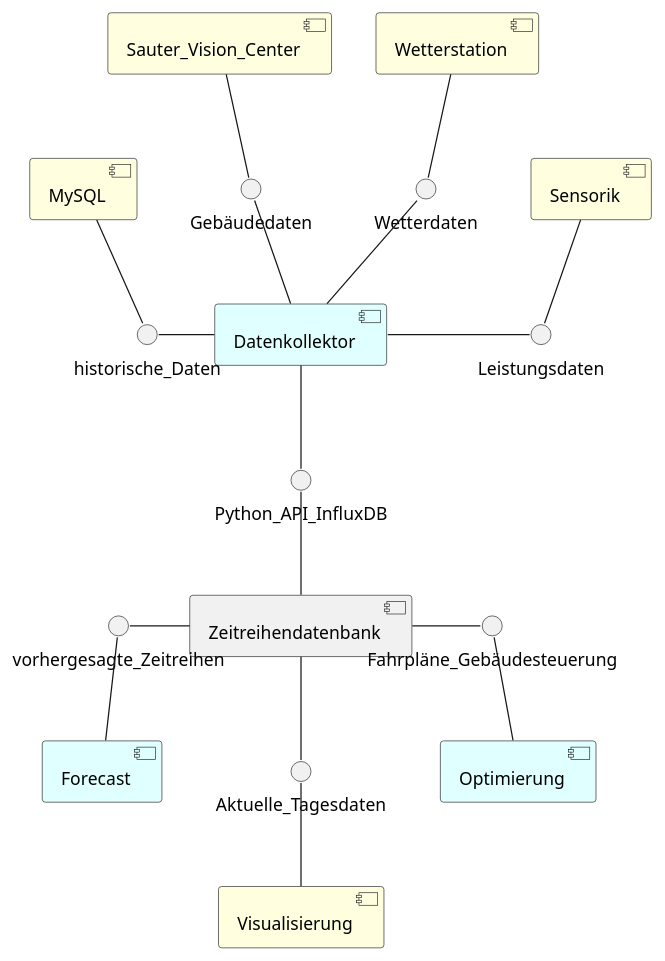
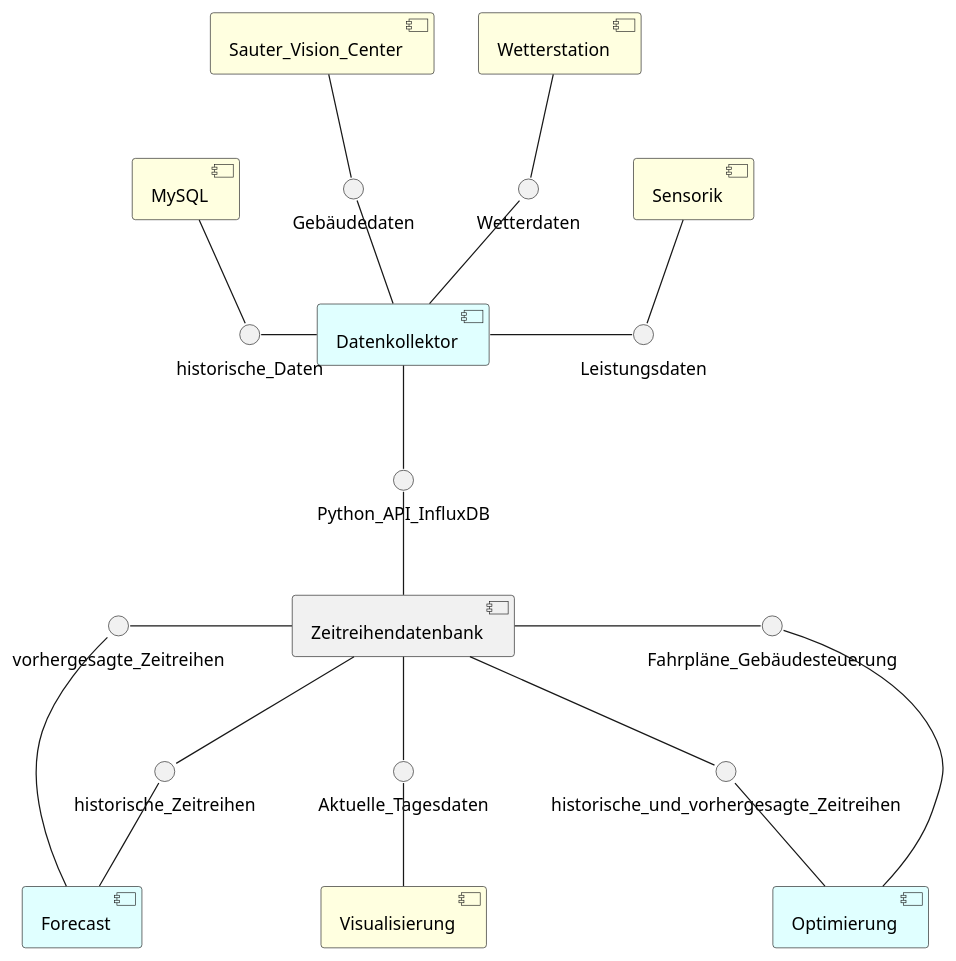
The diagram in Diagramms/PlantUML/overview.puml (OberMarco/OpenSourceSoftwareUML), drawn with PlantUML before and after one commit.

```diff
--- a/Diagramms/PlantUML/overview.puml
+++ b/Diagramms/PlantUML/overview.puml
@@ -1,79 +1,86 @@
 @startuml
 
 
 component MySQL #LightYellow{
 }
 
 component Sauter_Vision_Center #LightYellow{
 }
 
 component Wetterstation #LightYellow{
 }
 
 component Sensorik  #LightYellow {
 }
 
 
 component Datenkollektor #LightCyan {
 
 }
 
 
     [Zeitreihendatenbank]
 
 
 [Zeitreihendatenbank] -up- Python_API_InfluxDB
 
 historische_Daten -up- MySQL
 Gebäudedaten -up- Sauter_Vision_Center
 Wetterdaten -up- Wetterstation
 Leistungsdaten -up- Sensorik
 
 historische_Daten -right- Datenkollektor
 Gebäudedaten -- Datenkollektor
 Wetterdaten -- Datenkollektor
 Leistungsdaten -left- Datenkollektor
 
 Python_API_InfluxDB -up- Datenkollektor
 
 
 component Forecast #LightCyan {
 
 }
 
 
 component Visualisierung #LightYellow {
 
 }
 
 
 component Optimierung #LightCyan {
 
 }
 
 Visualisierung -up- Aktuelle_Tagesdaten
 Optimierung -up- Fahrpläne_Gebäudesteuerung
 Forecast -up- vorhergesagte_Zeitreihen
 
 
 Aktuelle_Tagesdaten -up- Zeitreihendatenbank
 Fahrpläne_Gebäudesteuerung  -left- Zeitreihendatenbank
 vorhergesagte_Zeitreihen  -right- Zeitreihendatenbank
 
 
+historische_und_vorhergesagte_Zeitreihen  -up- Zeitreihendatenbank
+historische_Zeitreihen  -up- Zeitreihendatenbank
+
+Forecast -up- historische_Zeitreihen  
+Optimierung -up- historische_und_vorhergesagte_Zeitreihen
+
+
 
 
 
 
 
 
 
 
 
 
 
 
 
 
 
 @enduml
```
